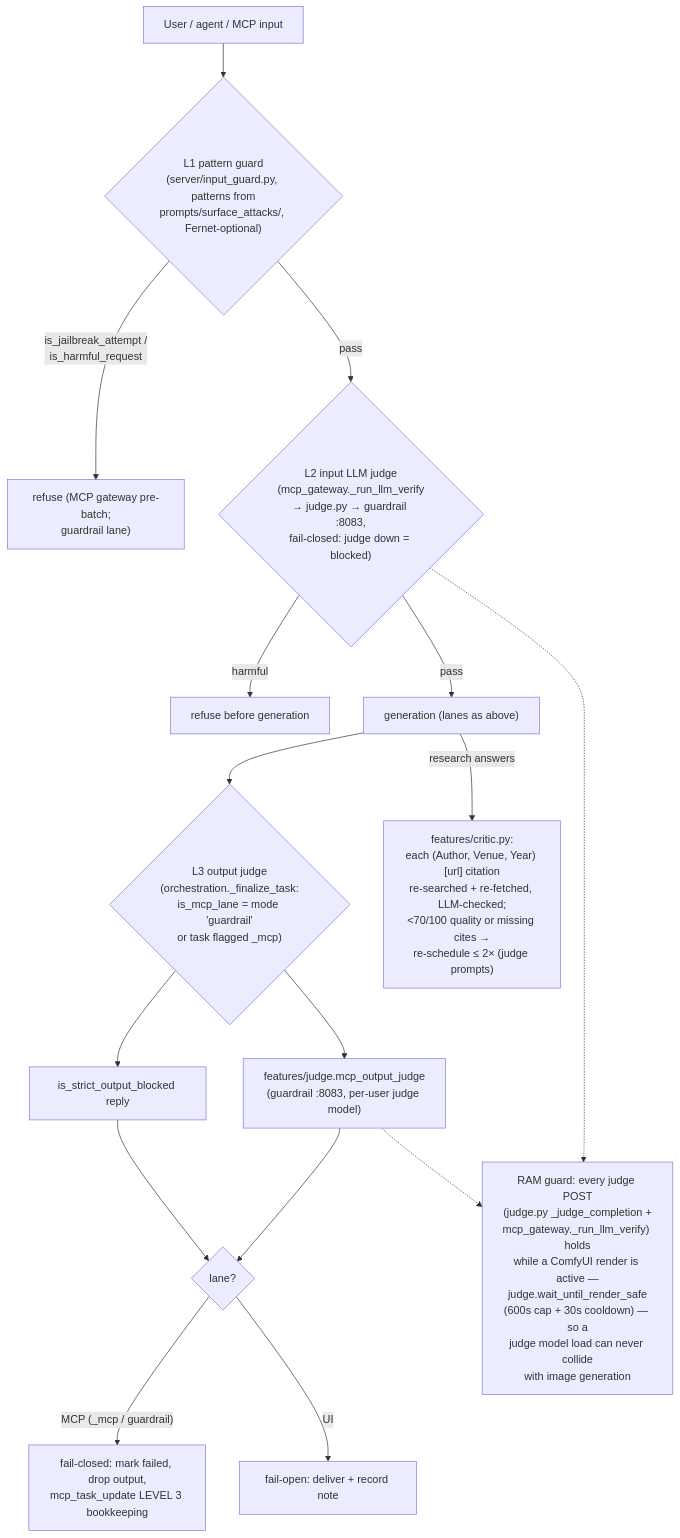
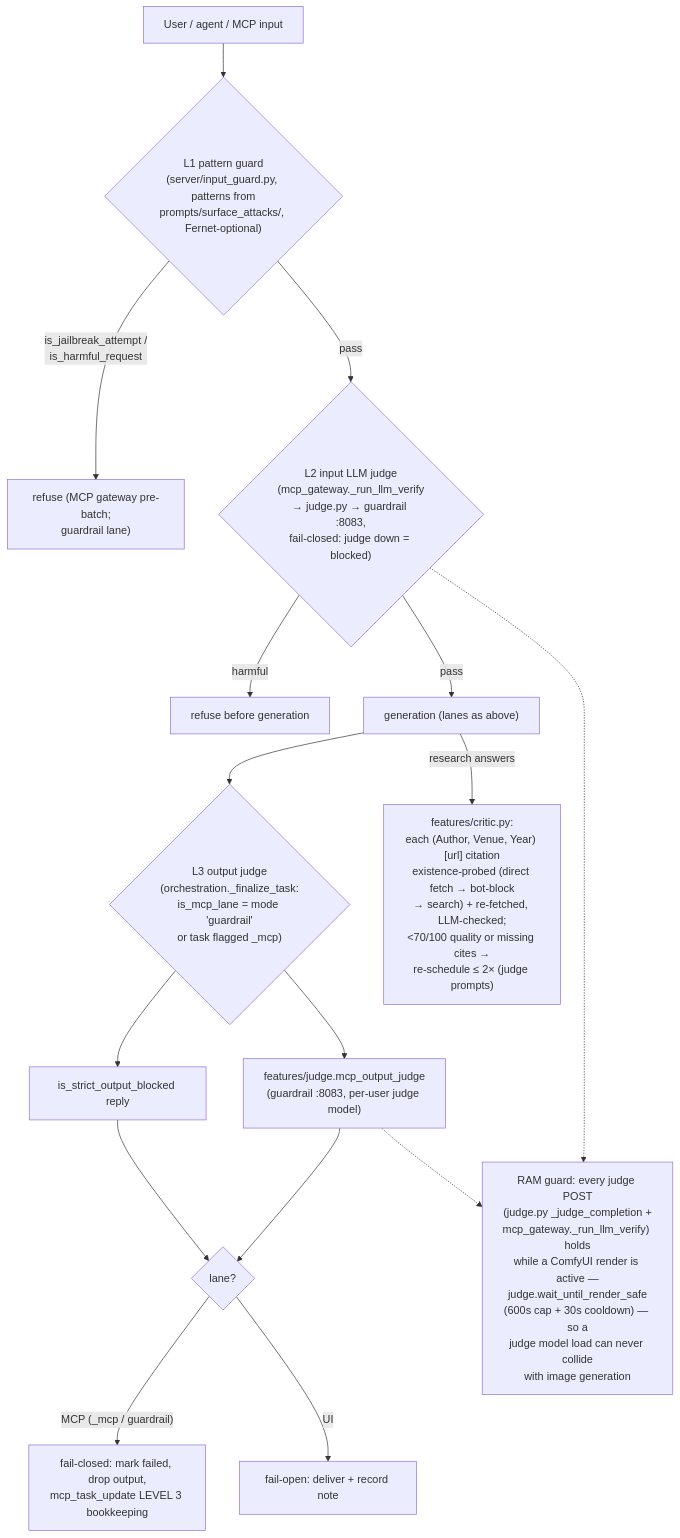
Before and after one commit to Palash90/local-ai: diagram 13 of 13 in ARCHITECTURE.md, drawn with Mermaid. The commit also changed other lines of this file and 16 other files, not shown here.

````diff
--- a/ARCHITECTURE.md
+++ b/ARCHITECTURE.md
@@ -406,18 +430,18 @@
 ```mermaid
 graph TD
     In["User / agent / MCP input"] --> L1{"L1 pattern guard\n(server/input_guard.py, patterns from\nprompts/surface_attacks/, Fernet-optional)"}
     L1 -- "is_jailbreak_attempt /\nis_harmful_request" --> Block1["refuse (MCP gateway pre-batch;\nguardrail lane)"]
     L1 -- pass --> L2{"L2 input LLM judge\n(mcp_gateway._run_llm_verify\n→ judge.py → guardrail :8083,\nfail-closed: judge down = blocked)"}
     L2 -- harmful --> Block2["refuse before generation"]
     L2 -- pass --> Gen["generation (lanes as above)"]
     Gen --> L3{"L3 output judge\n(orchestration._finalize_task:\nis_mcp_lane = mode 'guardrail'\nor task flagged _mcp)"}
     L3 --> Strict["is_strict_output_blocked reply"]
     L3 --> Judge["features/judge.mcp_output_judge\n(guardrail :8083, per-user judge model)"]
     Strict & Judge --> Lane{"lane?"}
     Lane -- "MCP (_mcp / guardrail)" --> FC["fail-closed: mark failed, drop output,\nmcp_task_update LEVEL 3 bookkeeping"]
     Lane -- "UI" --> FO["fail-open: deliver + record note"]
-    Gen -->|"research answers"| Critic["features/critic.py:\neach (Author, Venue, Year) [url] citation\nre-searched + re-fetched, LLM-checked;\n<70/100 quality or missing cites →\nre-schedule ≤ 2× (judge prompts)"]
+    Gen -->|"research answers"| Critic["features/critic.py:\neach (Author, Venue, Year) [url] citation\nexistence-probed (direct fetch → bot-block\n→ search) + re-fetched, LLM-checked;\n<70/100 quality or missing cites →\nre-schedule ≤ 2× (judge prompts)"]
     RAM["RAM guard: every judge POST\n(judge.py _judge_completion +\nmcp_gateway._run_llm_verify) holds\nwhile a ComfyUI render is active —\njudge.wait_until_render_safe\n(600s cap + 30s cooldown) — so a\njudge model load can never collide\nwith image generation"]
     L2 -.-> RAM
     Judge -.-> RAM
 ```
````
